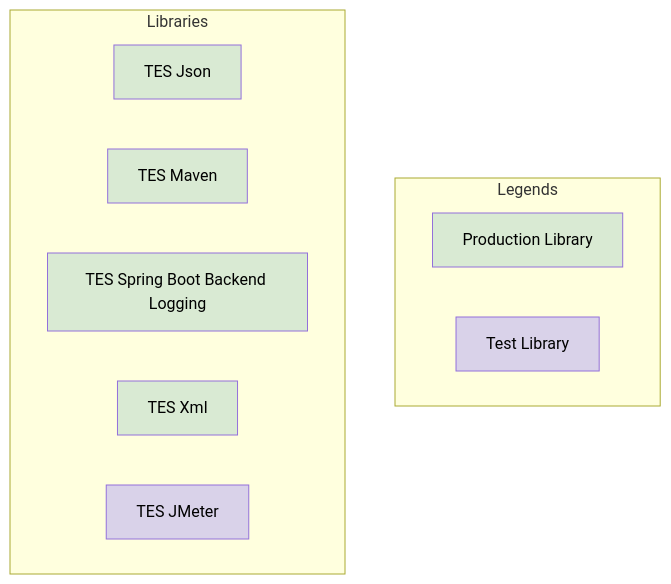
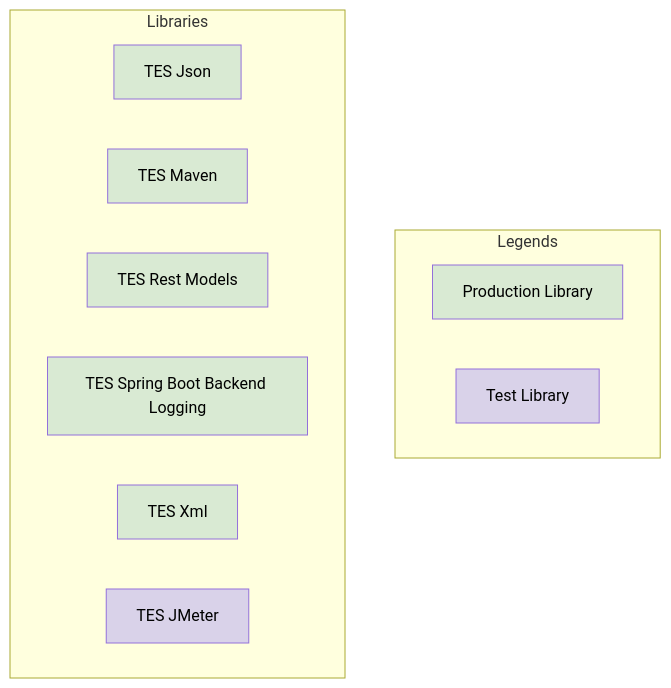
One commit to sunepoulsen/tes-foundation changed the diagram in doc/README.md. Above: the diagram before and after it, drawn with Mermaid. The commit also changed other lines of this file and 17 other files, not shown here.

Commit message:
TES-120: Add `tes-rest-models` to this monolith.

````diff
--- a/doc/README.md
+++ b/doc/README.md
@@ -20,19 +22,20 @@
 ```mermaid
 flowchart
     subgraph "Legends"
         legProdLib["Production Library"]:::prodLibrary
         legTestLib["Test Library"]:::testLibrary
     end
 
     subgraph "Libraries"
         tesJson["TES Json"]:::prodLibrary
         tesMaven["TES Maven"]:::prodLibrary
+        tesRestModels["TES Rest Models"]:::prodLibrary
         tesSpringBootLogging["TES Spring Boot Backend Logging"]:::prodLibrary
         tesXml["TES Xml"]:::prodLibrary
         
         tesJMeter["TES JMeter"]:::testLibrary
     end
 
     classDef prodLibrary fill:#d9ead3,color:#000
     classDef testLibrary fill:#d9d2e9,color:#000
 ```
````
